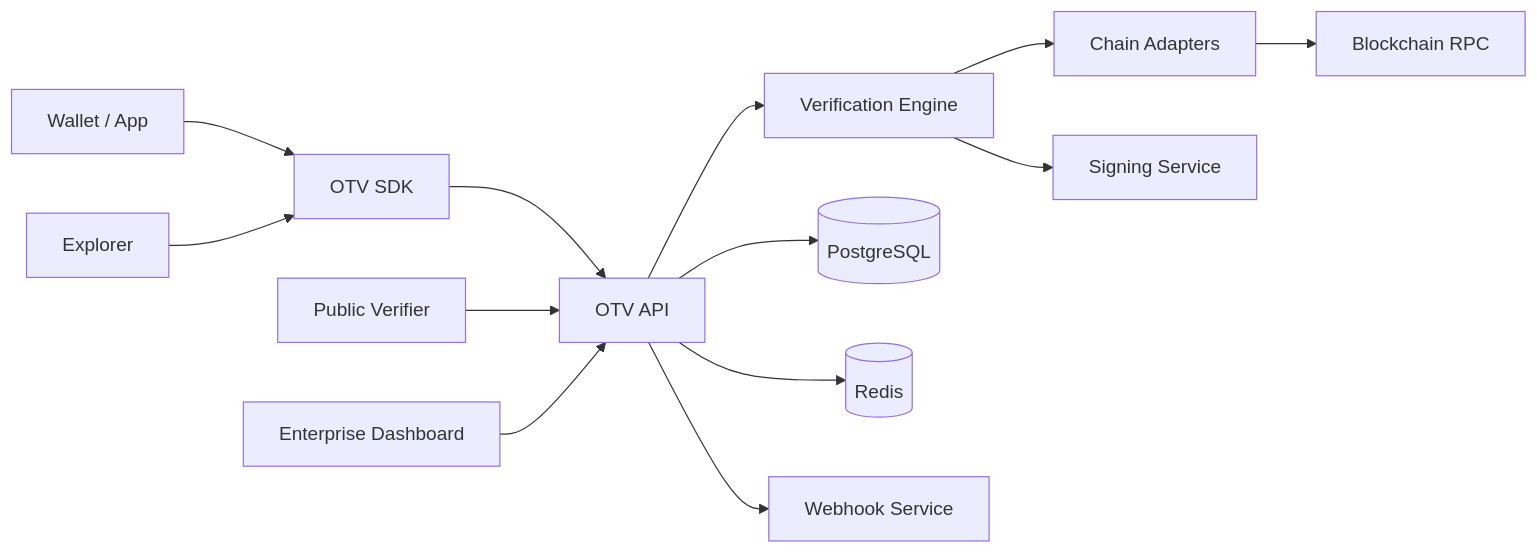
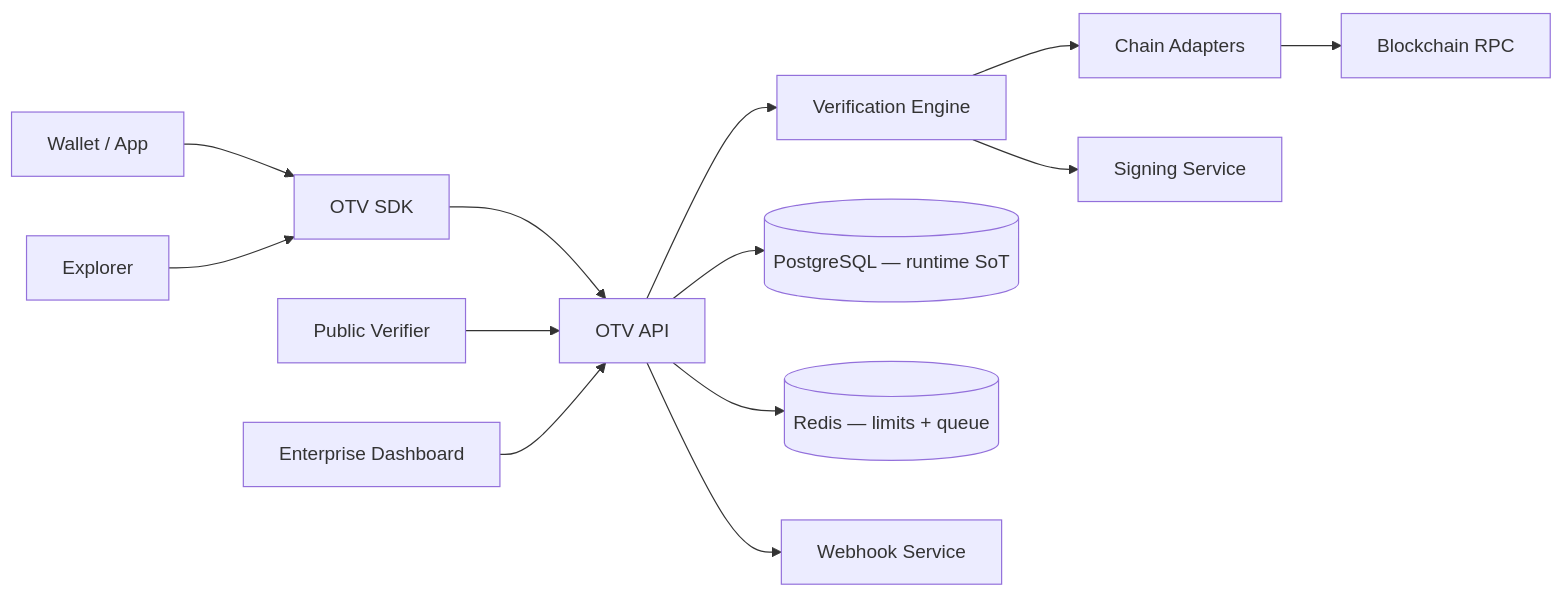
The first of 2 diagrams in docs/ARCHITECTURE.md (aishikumar91/opentrustverify), drawn with Mermaid before and after one commit. The commit also changed other lines of this file and 196 other files, not shown here.

````diff
--- a/docs/ARCHITECTURE.md
+++ b/docs/ARCHITECTURE.md
@@ -5,15 +5,15 @@
 ```mermaid
 flowchart LR
   Wallet[Wallet / App] --> SDK[OTV SDK]
   Explorer[Explorer] --> SDK
   SDK --> API[OTV API]
   VerifierUI[Public Verifier] --> API
   Dashboard[Enterprise Dashboard] --> API
   API --> Engine[Verification Engine]
   Engine --> Adapters[Chain Adapters]
   Adapters --> RPC[Blockchain RPC]
   Engine --> Sign[Signing Service]
-  API --> PG[(PostgreSQL)]
-  API --> Redis[(Redis)]
+  API --> PG[(PostgreSQL — runtime SoT)]
+  API --> Redis[(Redis — limits + queue)]
   API --> WH[Webhook Service]
 ```
````
